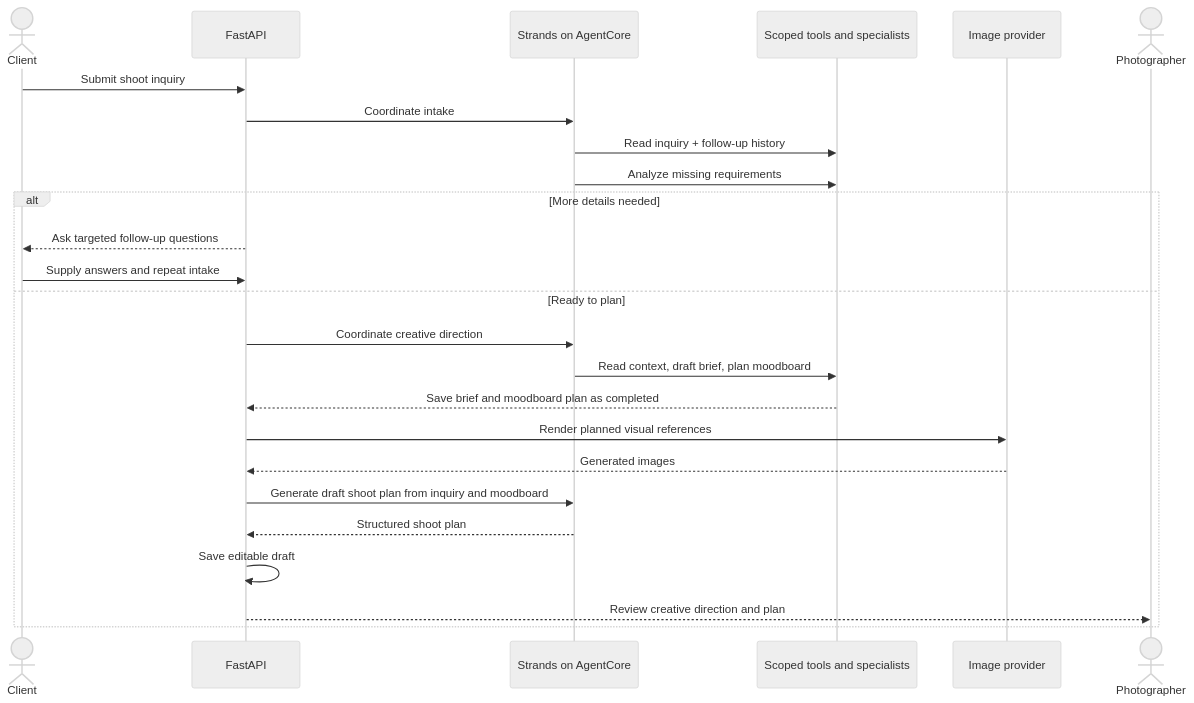
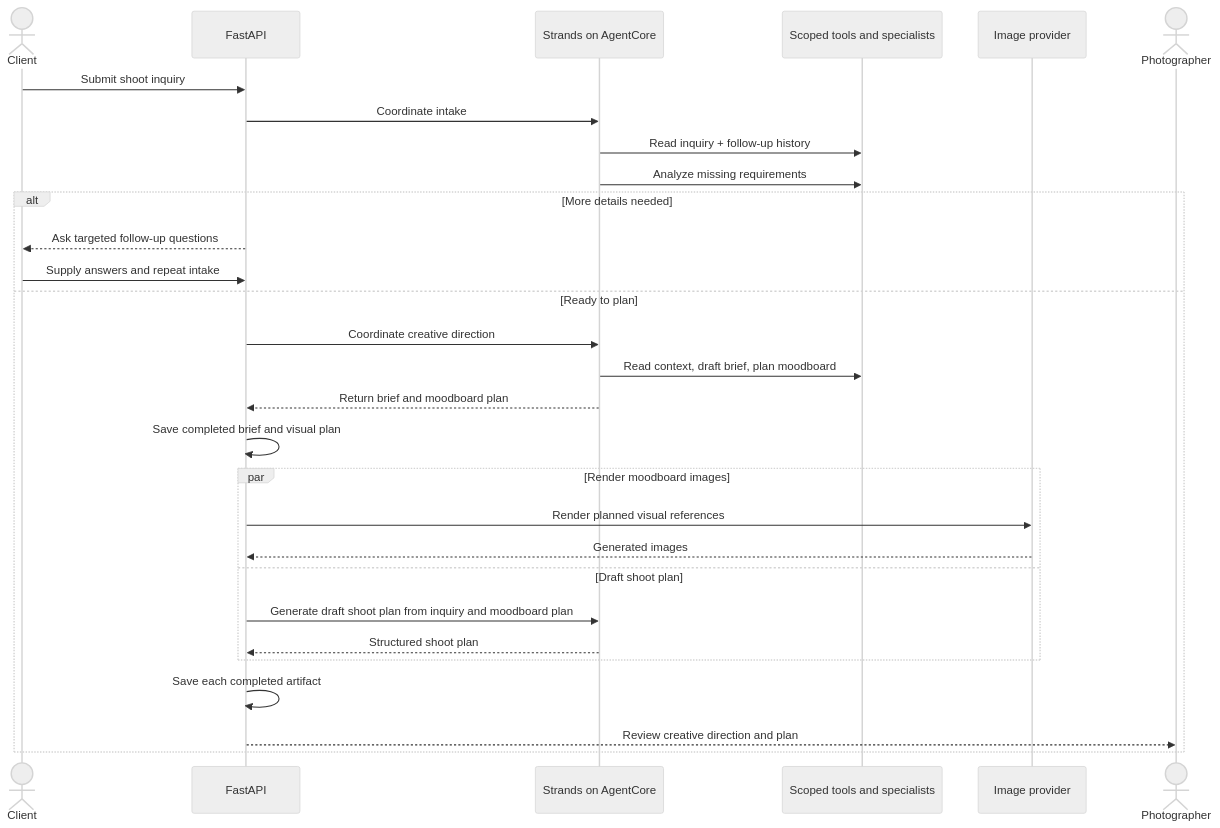
The third of 4 diagrams in README.md (shasha-codes/ShotCraft), drawn with Mermaid (neutral theme) before and after one commit. The commit also changed other lines of this file and 18 other files, not shown here.

Commit message:
Readme, architecture and bug fixes

````diff
--- a/README.md
+++ b/README.md
@@ -209,28 +141,32 @@
 ```mermaid
 sequenceDiagram
     actor Client
     participant API as FastAPI
     participant Agent as Strands on AgentCore
     participant Tools as Scoped tools and specialists
     participant Images as Image provider
     actor Photographer
 
     Client->>API: Submit shoot inquiry
     API->>Agent: Coordinate intake
     Agent->>Tools: Read inquiry + follow-up history
     Agent->>Tools: Analyze missing requirements
     alt More details needed
         API-->>Client: Ask targeted follow-up questions
         Client->>API: Supply answers and repeat intake
     else Ready to plan
         API->>Agent: Coordinate creative direction
         Agent->>Tools: Read context, draft brief, plan moodboard
-        Tools-->>API: Save brief and moodboard plan as completed
-        API->>Images: Render planned visual references
-        Images-->>API: Generated images
-        API->>Agent: Generate draft shoot plan from inquiry and moodboard
-        Agent-->>API: Structured shoot plan
-        API->>API: Save editable draft
+        Agent-->>API: Return brief and moodboard plan
+        API->>API: Save completed brief and visual plan
+        par Render moodboard images
+            API->>Images: Render planned visual references
+            Images-->>API: Generated images
+        and Draft shoot plan
+            API->>Agent: Generate draft shoot plan from inquiry and moodboard plan
+            Agent-->>API: Structured shoot plan
+        end
+        API->>API: Save each completed artifact
         API-->>Photographer: Review creative direction and plan
     end
 ```
````
